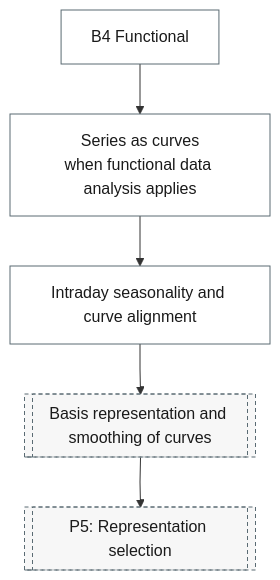
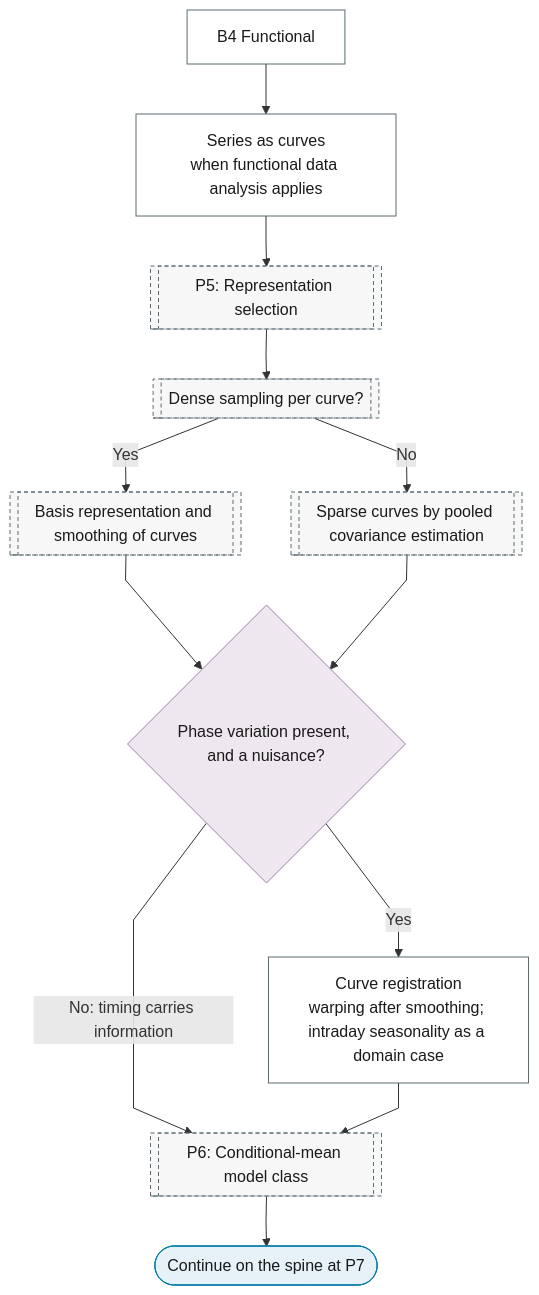
The diagram in docs/reference/14-functional-high-frequency/index.md (Shuxin-Y/time-series-analysis-manual), drawn with Mermaid before and after one commit. The commit also changed other lines of this file and 8 other files, not shown here.

````diff
--- a/docs/reference/14-functional-high-frequency/index.md
+++ b/docs/reference/14-functional-high-frequency/index.md
@@ -7,18 +7,26 @@
 ```mermaid
 %%{init: {"flowchart": {"curve": "linear"}}}%%
 graph TD
     B4["B4 Functional"] --> B4_CURVES["Series as curves<br/>when functional data analysis applies"]
-    B4_CURVES --> B4_INTRADAY["Intraday seasonality and curve alignment"]
-    B4_INTRADAY --> P5_FN_BASIS[["Basis representation and smoothing of curves"]]
-    P5_FN_BASIS --> P5[["P5: Representation selection"]]
+    B4_CURVES --> P5[["P5: Representation selection"]]
+    P5 --> P5_FN_DENSE[["Dense sampling per curve?"]]
+    P5_FN_DENSE -->|"Yes"| P5_FN_BASIS[["Basis representation and smoothing of curves"]]
+    P5_FN_DENSE -->|"No"| P5_FN_PACE[["Sparse curves by pooled covariance estimation"]]
+    P5_FN_BASIS & P5_FN_PACE --> B4_PHASE{"Phase variation present, and a nuisance?"}
+    B4_PHASE -->|"Yes"| B4_INTRADAY["Curve registration<br/>warping after smoothing; intraday seasonality as a domain case"]
+    B4_PHASE -->|"No: timing carries information"| P6[["P6: Conditional-mean model class"]]
+    B4_INTRADAY --> P6
+    P6 --> B4_OUT(["Continue on the spine at P7"])
+    class B4_OUT terminator
+    class B4_PHASE decision
     class B4,B4_CURVES,B4_INTRADAY process
-    class P5_FN_BASIS,P5 ref
+    class P5,P5_FN_DENSE,P5_FN_BASIS,P5_FN_PACE,P6 ref
     classDef terminator fill:#E6F2F7,stroke:#007BA7,color:#1A1A1A;
     classDef process fill:#FFFFFF,stroke:#5A6B73,color:#1A1A1A;
     classDef decision fill:#EFE7F0,stroke:#9B7FA7,color:#1A1A1A;
     classDef data fill:#FFF4E0,stroke:#C9A55E,color:#1A1A1A;
     classDef good fill:#DCEFD8,stroke:#4A7A3F,color:#1A1A1A;
     classDef escalate fill:#FFE9C2,stroke:#C9A55E,color:#1A1A1A;
     classDef problem fill:#F2D9DE,stroke:#800020,color:#1A1A1A;
     classDef ref fill:#F7F7F7,stroke:#5A6B73,color:#1A1A1A,stroke-dasharray:4 3;
 ```
````
